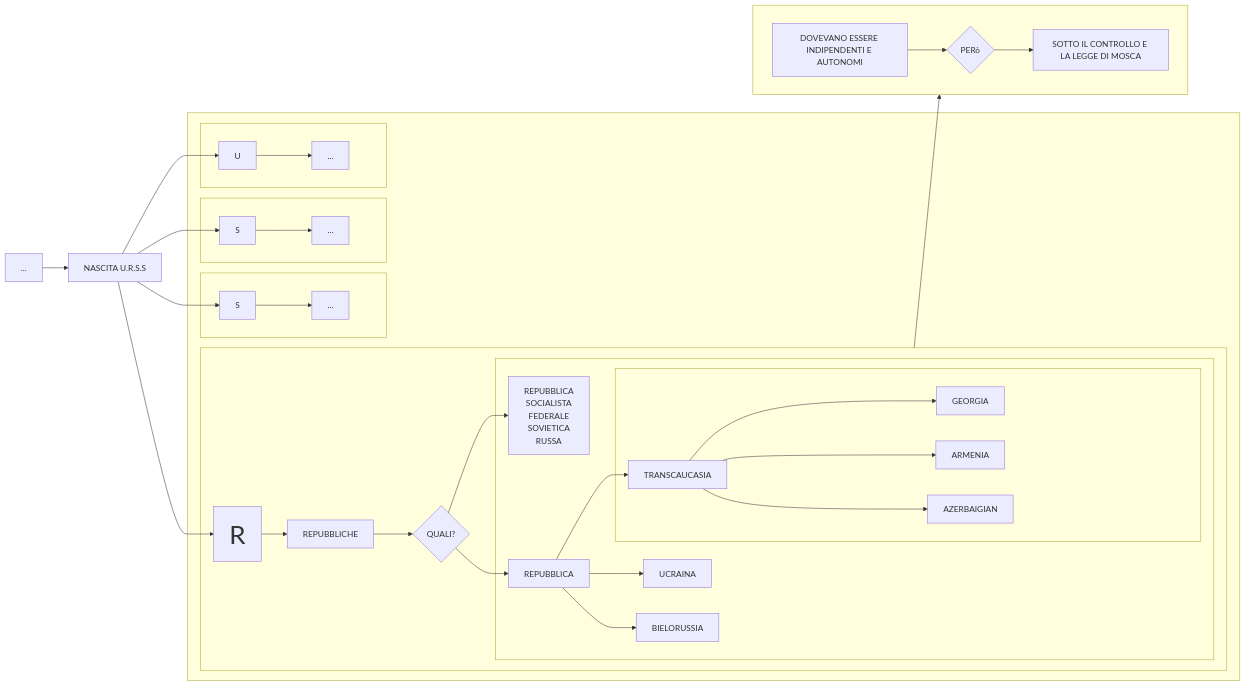
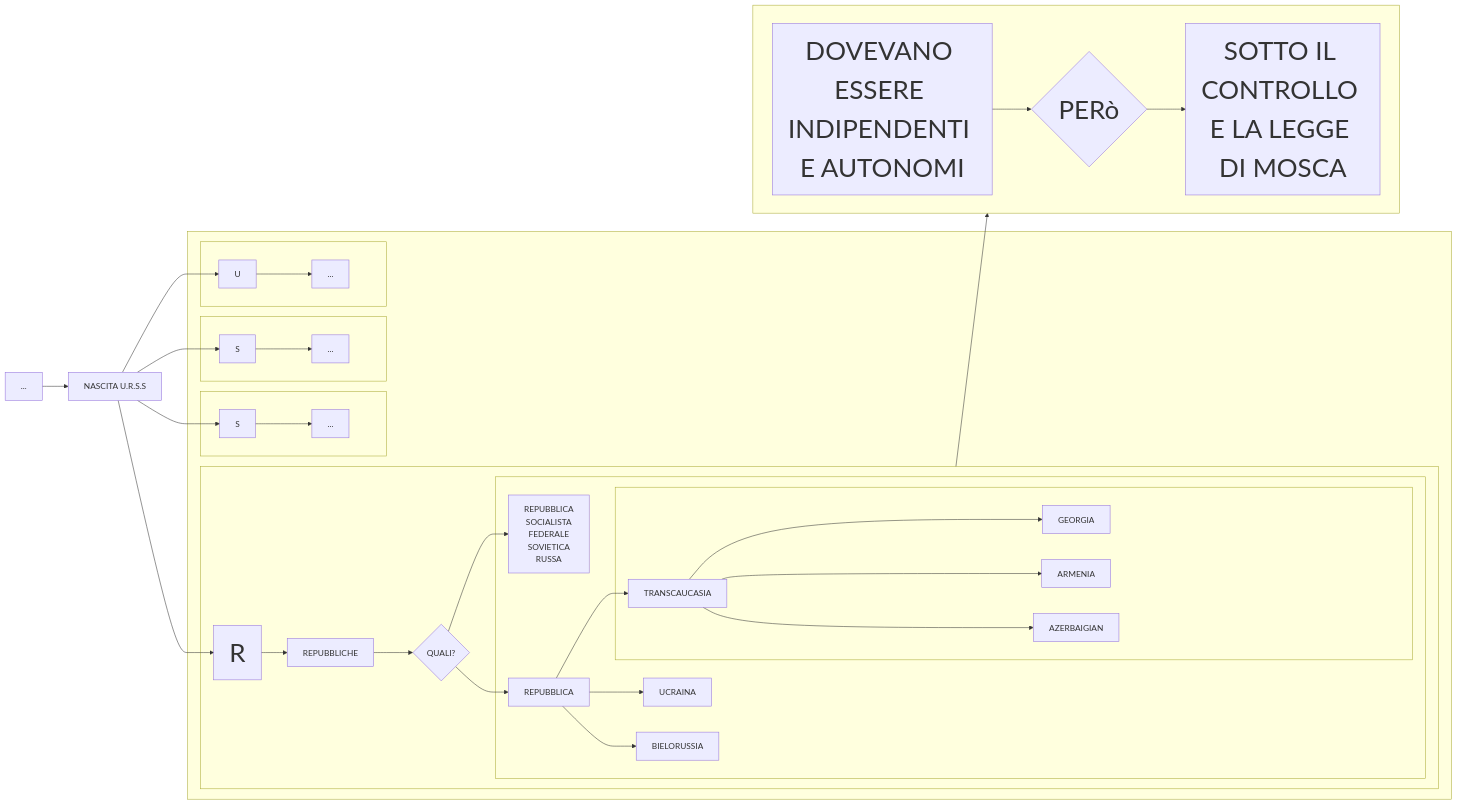
One commit to Laaouatni/ricerca-storia-MermaidJS changed the diagram in prova.md. Above: the diagram before and after it, drawn with Mermaid.

````diff
--- a/prova.md
+++ b/prova.md
@@ -1,52 +1,52 @@
 ```mermaid
 flowchart LR
   classDef classGrande font-size: 50px;
   0[...]
   1[NASCITA U.R.S.S]
   subgraph 15[" "]
     subgraph 10[" "]
       100[U]
       1000[...]
       100 --> 1000
     end
     subgraph 22[" "]
       220[R]:::classGrande
       2200[REPUBBLICHE]
       22000{QUALI?}
       subgraph 3[" "]
           30[REPUBBLICA <br> SOCIALISTA <br> FEDERALE <br> SOVIETICA <br> RUSSA]
           31[REPUBBLICA]
           310[UCRAINA]
           311[BIELORUSSIA]
           subgraph 4[" "]
               312[TRANSCAUCASIA]
               3120[GEORGIA]
               3121[ARMENIA]
               3122[AZERBAIGIAN]
           end
           312 --> 3120 & 3121 & 3122
           31 --> 310 & 311 & 312
       end
       220 --> 2200 --> 22000 --> 30 & 31
     end
     subgraph 12[" "]
       120[S]
       1200[...]
       120 --> 1200
     end
     subgraph 13[" "]
       130[S]
       1300[...]
       130 --> 1300
     end
   end
   0 --> 1 --> 100 & 220 & 120 & 130
   subgraph 6[" "]
     direction LR;
-    5[DOVEVANO ESSERE INDIPENDENTI E AUTONOMI]
-    50{PERò}
-    500[SOTTO IL CONTROLLO E LA LEGGE DI MOSCA]
+    5[DOVEVANO ESSERE INDIPENDENTI E AUTONOMI]:::classGrande
+    50{PERò}:::classGrande
+    500[SOTTO IL CONTROLLO E LA LEGGE DI MOSCA]:::classGrande
     5 --> 50 --> 500
   end
   22 --> 6
 ```
````
